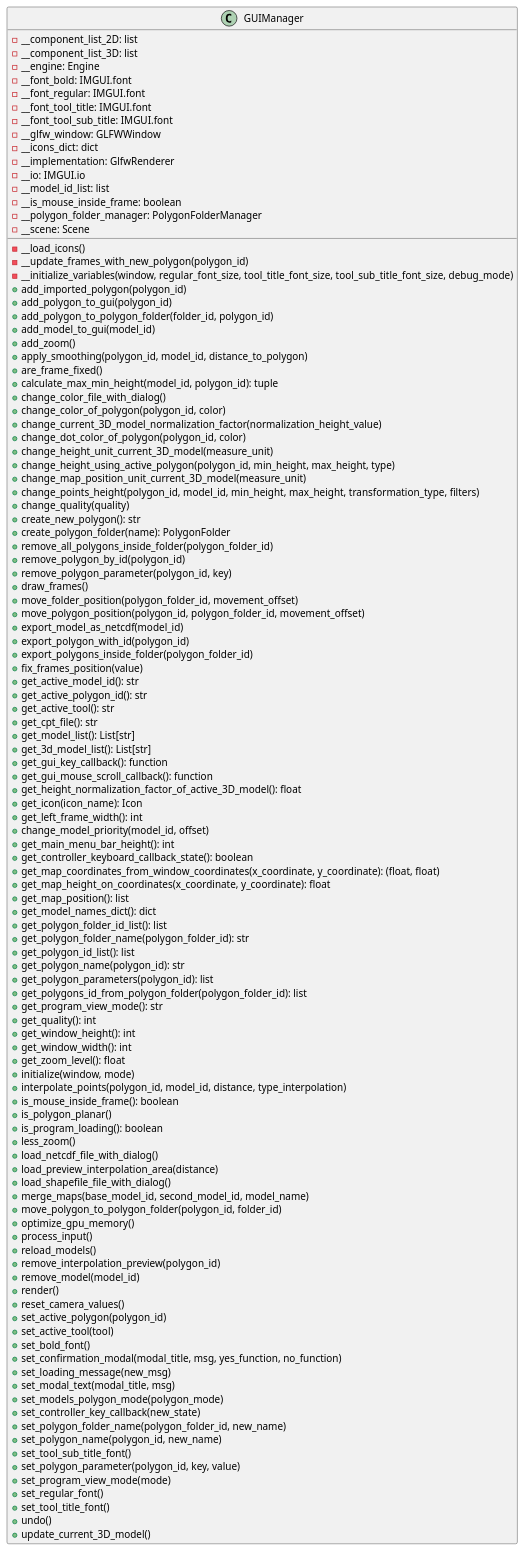
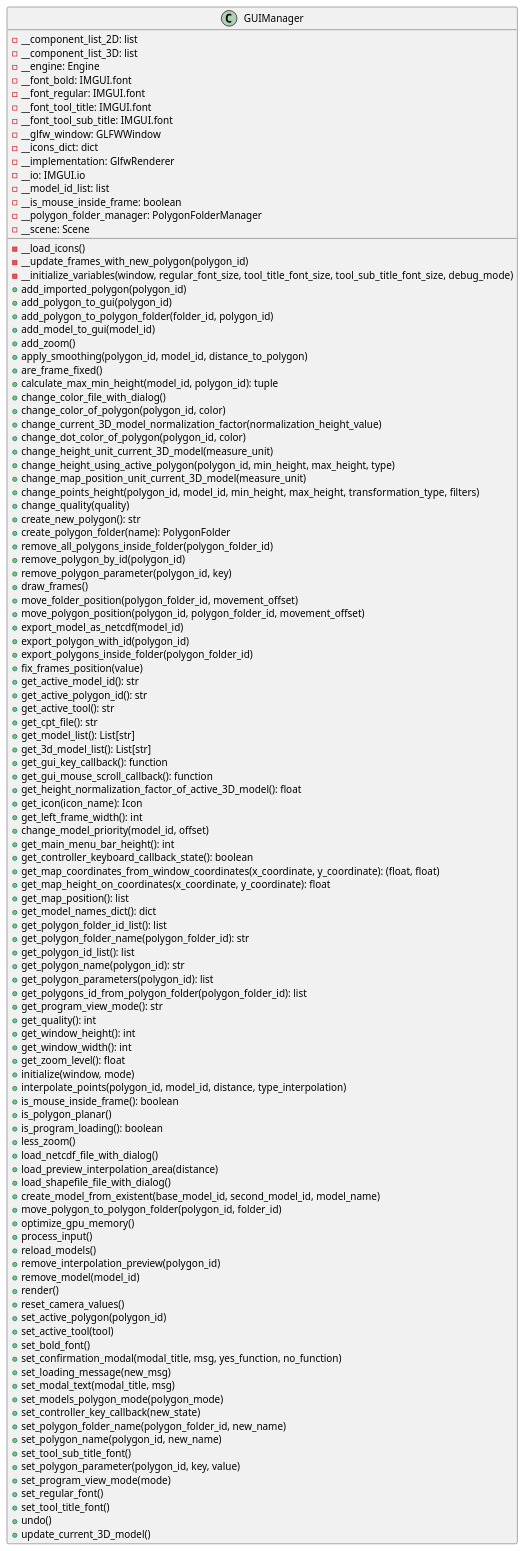
One commit to ferpoble2/Relief_Creator changed the diagram in docs/classes/GUIManager.puml. Above: the diagram before and after it, drawn with PlantUML. The commit also changed 1 other file, not shown here.

```diff
--- a/docs/classes/GUIManager.puml
+++ b/docs/classes/GUIManager.puml
@@ -1,117 +1,117 @@
 @startuml
 'https://plantuml.com/class-diagram
 class GUIManager{
     - __component_list_2D: list
     - __component_list_3D: list
     - __engine: Engine
     - __font_bold: IMGUI.font
     - __font_regular: IMGUI.font
     - __font_tool_title: IMGUI.font
     - __font_tool_sub_title: IMGUI.font
     - __glfw_window: GLFWWindow
     - __icons_dict: dict
     - __implementation: GlfwRenderer
     - __io: IMGUI.io
     - __model_id_list: list
     - __is_mouse_inside_frame: boolean
     - __polygon_folder_manager: PolygonFolderManager
     - __scene: Scene
 
     - __load_icons()
     - __update_frames_with_new_polygon(polygon_id)
     - __initialize_variables(window, regular_font_size, tool_title_font_size, tool_sub_title_font_size, debug_mode)
     + add_imported_polygon(polygon_id)
     + add_polygon_to_gui(polygon_id)
     + add_polygon_to_polygon_folder(folder_id, polygon_id)
     + add_model_to_gui(model_id)
     + add_zoom()
     + apply_smoothing(polygon_id, model_id, distance_to_polygon)
     + are_frame_fixed()
     + calculate_max_min_height(model_id, polygon_id): tuple
     + change_color_file_with_dialog()
     + change_color_of_polygon(polygon_id, color)
     + change_current_3D_model_normalization_factor(normalization_height_value)
     + change_dot_color_of_polygon(polygon_id, color)
     + change_height_unit_current_3D_model(measure_unit)
     + change_height_using_active_polygon(polygon_id, min_height, max_height, type)
     + change_map_position_unit_current_3D_model(measure_unit)
     + change_points_height(polygon_id, model_id, min_height, max_height, transformation_type, filters)
     + change_quality(quality)
     + create_new_polygon(): str
     + create_polygon_folder(name): PolygonFolder
     + remove_all_polygons_inside_folder(polygon_folder_id)
     + remove_polygon_by_id(polygon_id)
     + remove_polygon_parameter(polygon_id, key)
     + draw_frames()
     + move_folder_position(polygon_folder_id, movement_offset)
     + move_polygon_position(polygon_id, polygon_folder_id, movement_offset)
     + export_model_as_netcdf(model_id)
     + export_polygon_with_id(polygon_id)
     + export_polygons_inside_folder(polygon_folder_id)
     + fix_frames_position(value)
     + get_active_model_id(): str
     + get_active_polygon_id(): str
     + get_active_tool(): str
     + get_cpt_file(): str
     + get_model_list(): List[str]
     + get_3d_model_list(): List[str]
     + get_gui_key_callback(): function
     + get_gui_mouse_scroll_callback(): function
     + get_height_normalization_factor_of_active_3D_model(): float
     + get_icon(icon_name): Icon
     + get_left_frame_width(): int
     + change_model_priority(model_id, offset)
     + get_main_menu_bar_height(): int
     + get_controller_keyboard_callback_state(): boolean
     + get_map_coordinates_from_window_coordinates(x_coordinate, y_coordinate): (float, float)
     + get_map_height_on_coordinates(x_coordinate, y_coordinate): float
     + get_map_position(): list
     + get_model_names_dict(): dict
     + get_polygon_folder_id_list(): list
     + get_polygon_folder_name(polygon_folder_id): str
     + get_polygon_id_list(): list
     + get_polygon_name(polygon_id): str
     + get_polygon_parameters(polygon_id): list
     + get_polygons_id_from_polygon_folder(polygon_folder_id): list
     + get_program_view_mode(): str
     + get_quality(): int
     + get_window_height(): int
     + get_window_width(): int
     + get_zoom_level(): float
     + initialize(window, mode)
     + interpolate_points(polygon_id, model_id, distance, type_interpolation)
     + is_mouse_inside_frame(): boolean
     + is_polygon_planar()
     + is_program_loading(): boolean
     + less_zoom()
     + load_netcdf_file_with_dialog()
     + load_preview_interpolation_area(distance)
     + load_shapefile_file_with_dialog()
-    + merge_maps(base_model_id, second_model_id, model_name)
+    + create_model_from_existent(base_model_id, second_model_id, model_name)
     + move_polygon_to_polygon_folder(polygon_id, folder_id)
     + optimize_gpu_memory()
     + process_input()
     + reload_models()
     + remove_interpolation_preview(polygon_id)
     + remove_model(model_id)
     + render()
     + reset_camera_values()
     + set_active_polygon(polygon_id)
     + set_active_tool(tool)
     + set_bold_font()
     + set_confirmation_modal(modal_title, msg, yes_function, no_function)
     + set_loading_message(new_msg)
     + set_modal_text(modal_title, msg)
     + set_models_polygon_mode(polygon_mode)
     + set_controller_key_callback(new_state)
     + set_polygon_folder_name(polygon_folder_id, new_name)
     + set_polygon_name(polygon_id, new_name)
     + set_tool_sub_title_font()
     + set_polygon_parameter(polygon_id, key, value)
     + set_program_view_mode(mode)
     + set_regular_font()
     + set_tool_title_font()
     + undo()
     + update_current_3D_model()
 }
 @enduml
```
